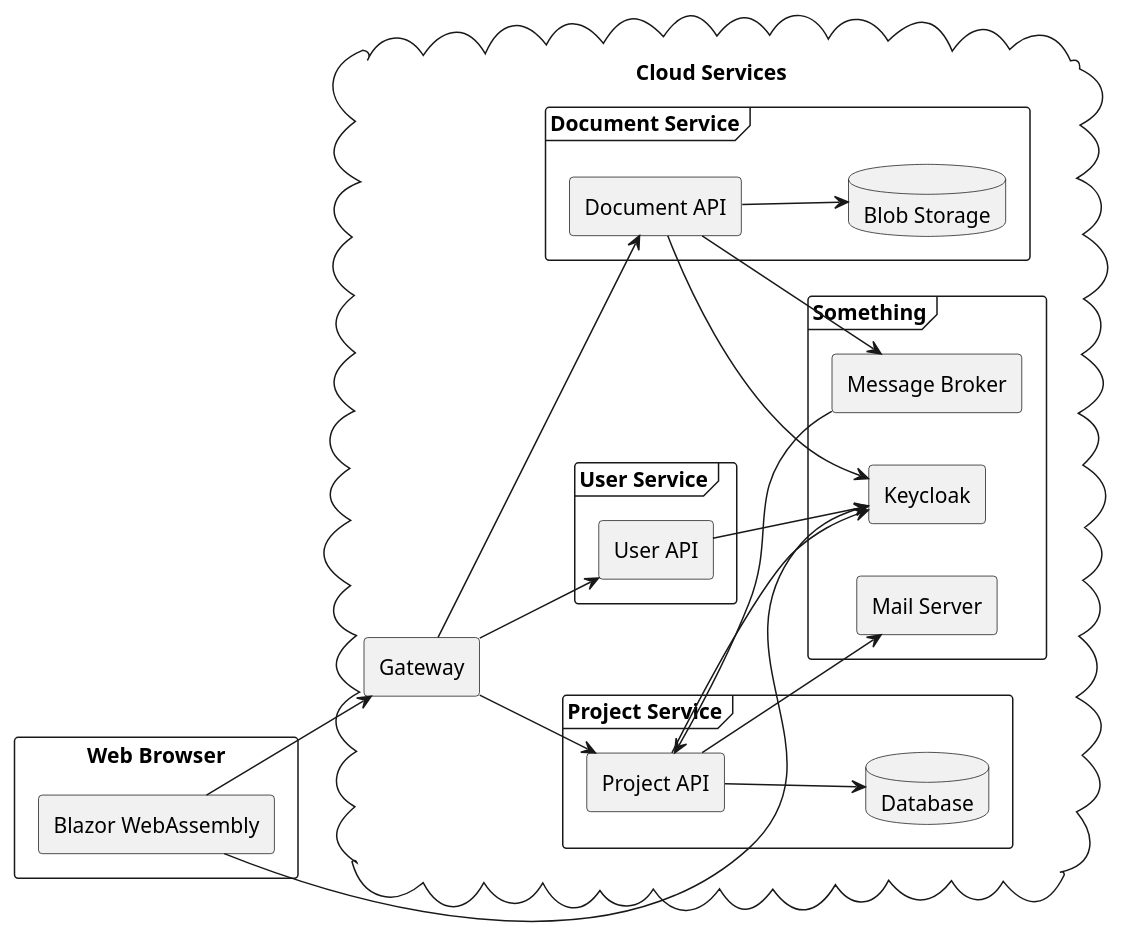
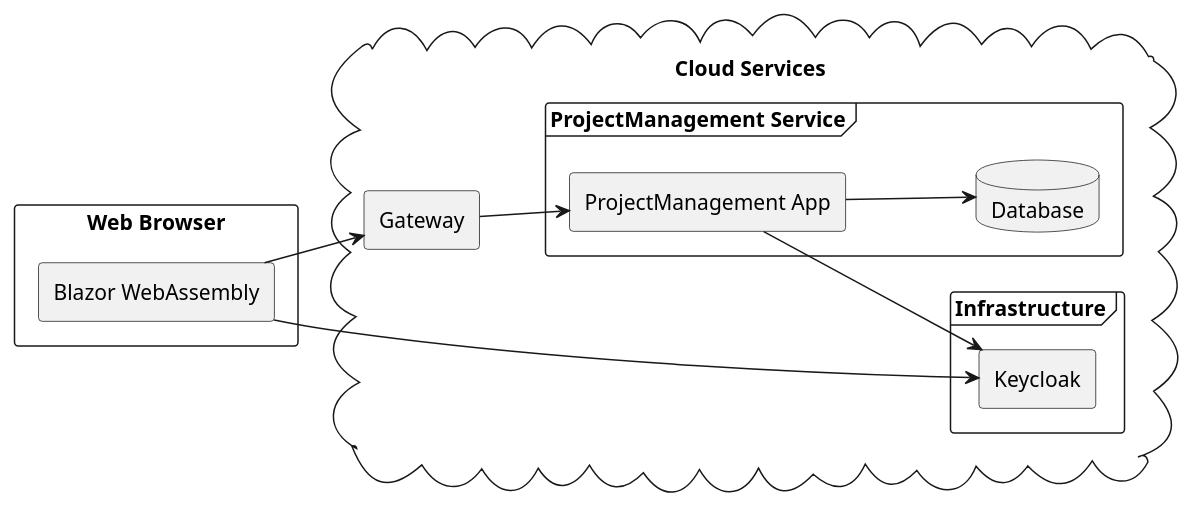
Before and after one commit to Kr0oked/DotnetProjectManagement: the diagram in doc/uml/architecture.puml, drawn with PlantUML. The commit also changed 87 other files, not shown here.

```diff
--- a/doc/uml/architecture.puml
+++ b/doc/uml/architecture.puml
@@ -1,51 +1,30 @@
 @startuml
 left to right direction
 
 rectangle "Web Browser" {
     agent "Blazor WebAssembly" as BlazorWebAssembly
 }
 
 cloud "Cloud Services" {
 
     agent Gateway
 
-    frame "Project Service" {
-        agent "Project API" as ProjectAPI
+    frame "ProjectManagement Service" {
+        agent "ProjectManagement App" as ProjectAPI
         database "Database" as ProjectDB
     }
 
-    frame "User Service" {
-        agent "User API" as UserAPI
+    frame Infrastructure {
+        agent Keycloak
     }
-
-    frame "Document Service" {
-        agent "Document API" as DocumentAPI
-        database "Blob Storage" as DocumentDB
-    }
-
-frame Something {
-    agent Keycloak
-    agent "Message Broker" as MessageBroker
-    agent "Mail Server" as MailServer
-}
 }
 
 BlazorWebAssembly --> Gateway
 BlazorWebAssembly --> Keycloak
 
 Gateway --> ProjectAPI
-Gateway --> UserAPI
-Gateway --> DocumentAPI
 
 ProjectAPI --> ProjectDB
 ProjectAPI --> Keycloak
-ProjectAPI <-- MessageBroker
-ProjectAPI --> MailServer
-
-UserAPI --> Keycloak
-
-DocumentAPI --> Keycloak
-DocumentAPI --> DocumentDB
-DocumentAPI --> MessageBroker
 
 @enduml
```
